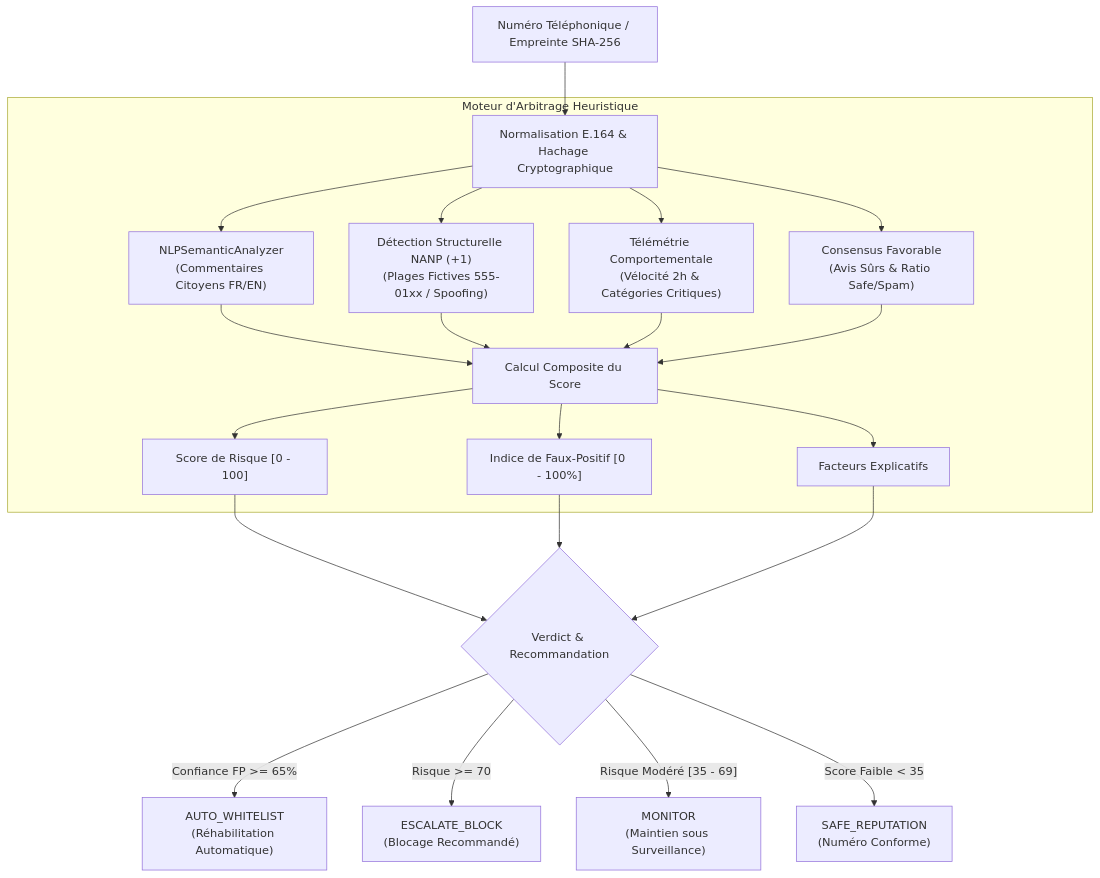
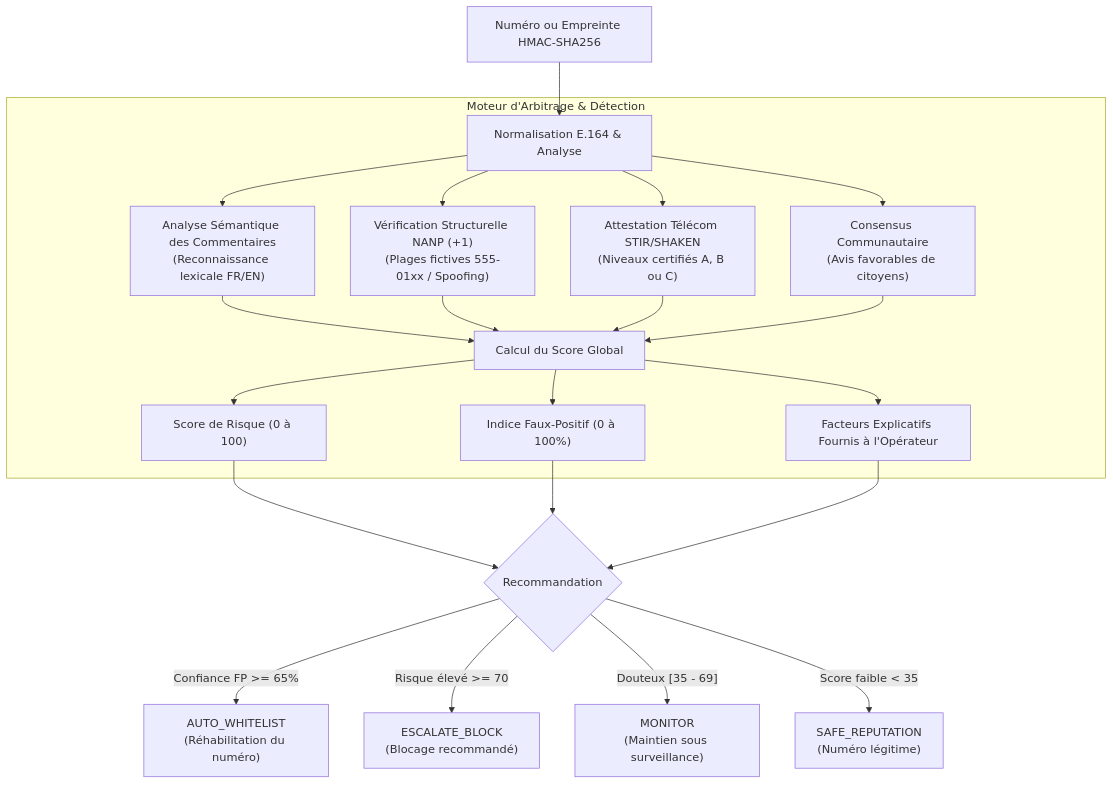
The diagram in README.md (fadelilyas01/Projet-Synth-se), drawn with Mermaid before and after one commit. The commit also changed other lines of this file and 5 other files, not shown here.

````diff
--- a/README.md
+++ b/README.md
@@ -101,22 +98,22 @@
 ```mermaid
 flowchart TD
-    A["Numéro Téléphonique / Empreinte SHA-256"] --> B["Normalisation E.164 & Hachage Cryptographique"]
+    A["Numéro ou Empreinte HMAC-SHA256"] --> B["Normalisation E.164 & Analyse"]
     
-    subgraph Arbitrage["Moteur d'Arbitrage Heuristique"]
-        B --> C["NLPSemanticAnalyzer<br/>(Commentaires Citoyens FR/EN)"]
-        B --> D["Détection Structurelle NANP (+1)<br/>(Plages Fictives 555-01xx / Spoofing)"]
-        B --> E["Télémétrie Comportementale<br/>(Vélocité 2h & Catégories Critiques)"]
-        B --> F["Consensus Favorable<br/>(Avis Sûrs & Ratio Safe/Spam)"]
+    subgraph Moteur["Moteur d'Arbitrage & Détection"]
+        B --> C["Analyse Sémantique des Commentaires<br/>(Reconnaissance lexicale FR/EN)"]
+        B --> D["Vérification Structurelle NANP (+1)<br/>(Plages fictives 555-01xx / Spoofing)"]
+        B --> E["Attestation Télécom STIR/SHAKEN<br/>(Niveaux certifiés A, B ou C)"]
+        B --> F["Consensus Communautaire<br/>(Avis favorables de citoyens)"]
         
-        C & D & E & F --> G["Calcul Composite du Score"]
-        G --> H["Score de Risque [0 - 100]"]
-        G --> I["Indice de Faux-Positif [0 - 100%]"]
-        G --> J["Facteurs Explicatifs"]
+        C & D & E & F --> G["Calcul du Score Global"]
+        G --> H["Score de Risque (0 à 100)"]
+        G --> I["Indice Faux-Positif (0 à 100%)"]
+        G --> J["Facteurs Explicatifs Fournis à l'Opérateur"]
     end
     
-    H & I & J --> K{"Verdict & Recommandation"}
-    K -->|"Confiance FP >= 65%"| L["AUTO_WHITELIST<br/>(Réhabilitation Automatique)"]
-    K -->|"Risque >= 70"| M["ESCALATE_BLOCK<br/>(Blocage Recommandé)"]
-    K -->|"Risque Modéré [35 - 69]"| N["MONITOR<br/>(Maintien sous Surveillance)"]
-    K -->|"Score Faible < 35"| O["SAFE_REPUTATION<br/>(Numéro Conforme)"]
+    H & I & J --> K{"Recommandation"}
+    K -->|"Confiance FP >= 65%"| L["AUTO_WHITELIST<br/>(Réhabilitation du numéro)"]
+    K -->|"Risque élevé >= 70"| M["ESCALATE_BLOCK<br/>(Blocage recommandé)"]
+    K -->|"Douteux [35 - 69]"| N["MONITOR<br/>(Maintien sous surveillance)"]
+    K -->|"Score faible < 35"| O["SAFE_REPUTATION<br/>(Numéro légitime)"]
 ```
````
